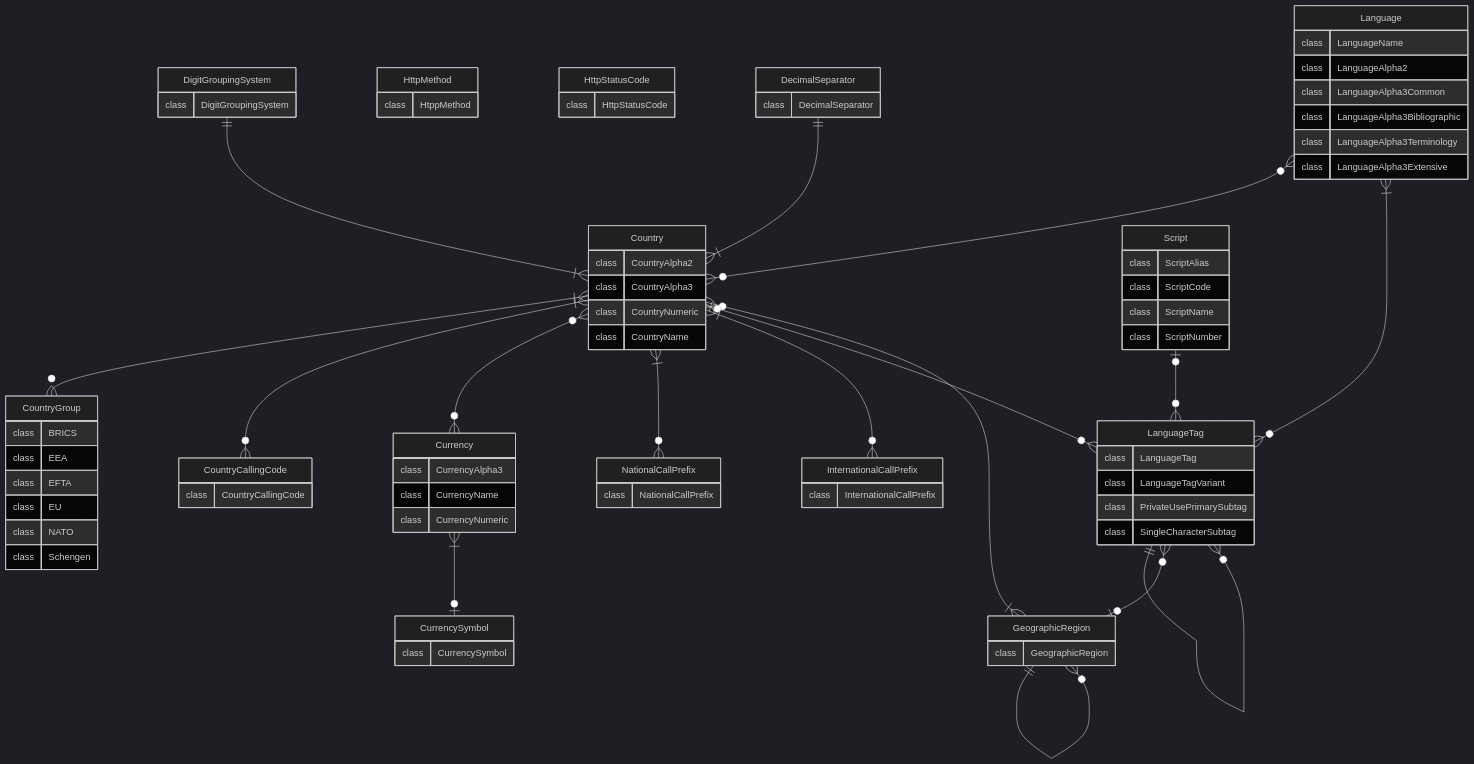
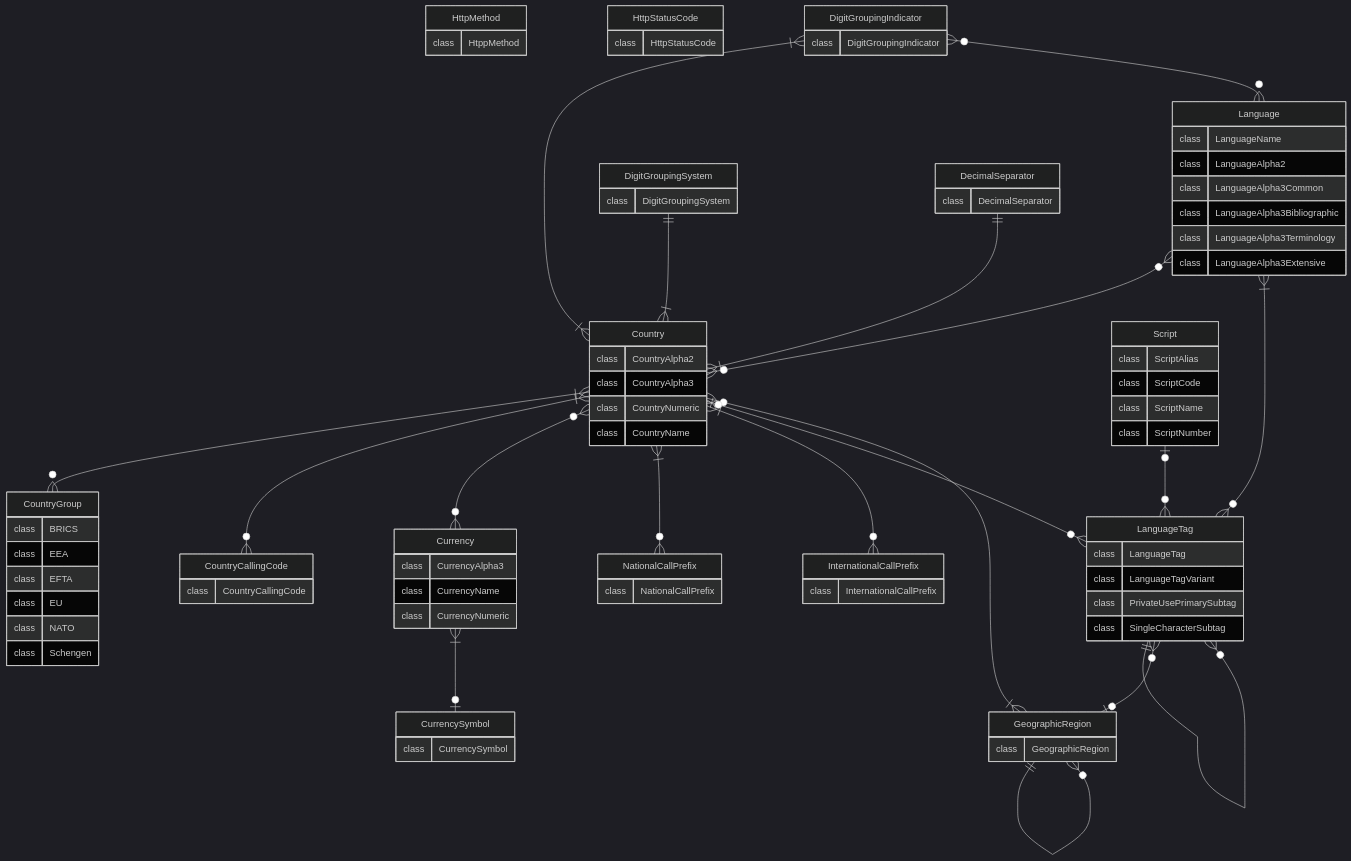
One commit to PrinsFrank/standards changed the first of 3 diagrams in README.md. Above: the diagram before and after it, drawn with Mermaid (dark theme). The commit also changed 3 other files, not shown here.

Commit message:
Add digit grouping indicators (#109)

```diff
--- a/README.md
+++ b/README.md
@@ -106,9 +106,14 @@
     DecimalSeparator {
         class DecimalSeparator
     }
+    DigitGroupingIndicator {
+        class DigitGroupingIndicator
+    }
 
     DigitGroupingSystem ||--|{ Country: ""
     DecimalSeparator ||--|{ Country: ""
+    DigitGroupingIndicator }|--|{ Country: ""
+    DigitGroupingIndicator }o--o{ Language: ""
     GeographicRegion }|--o{ Country: ""
     GeographicRegion ||--o{ GeographicRegion: ""
     Language }o--o{ Country: ""
```
